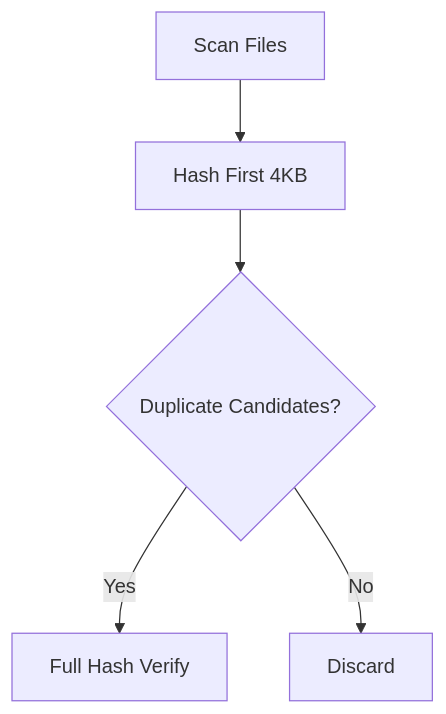
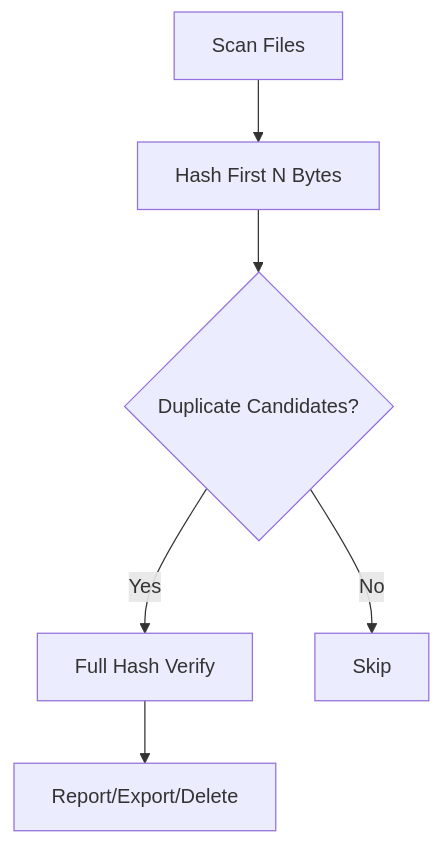
Before and after one commit to ahmadqmalzoubi/duplicate-master: the diagram in README.md, drawn with Mermaid. The commit also changed other lines of this file, not shown here.

````diff
--- a/README.md
+++ b/README.md
@@ -50,7 +95,8 @@
 ```mermaid
 graph TD
-    A[Scan Files] --> B[Hash First 4KB]
+    A[Scan Files] --> B[Hash First N Bytes]
     B --> C{Duplicate Candidates?}
     C -->|Yes| D[Full Hash Verify]
-    C -->|No| E[Discard]
+    C -->|No| E[Skip]
+    D --> F[Report/Export/Delete]
 ```
````
